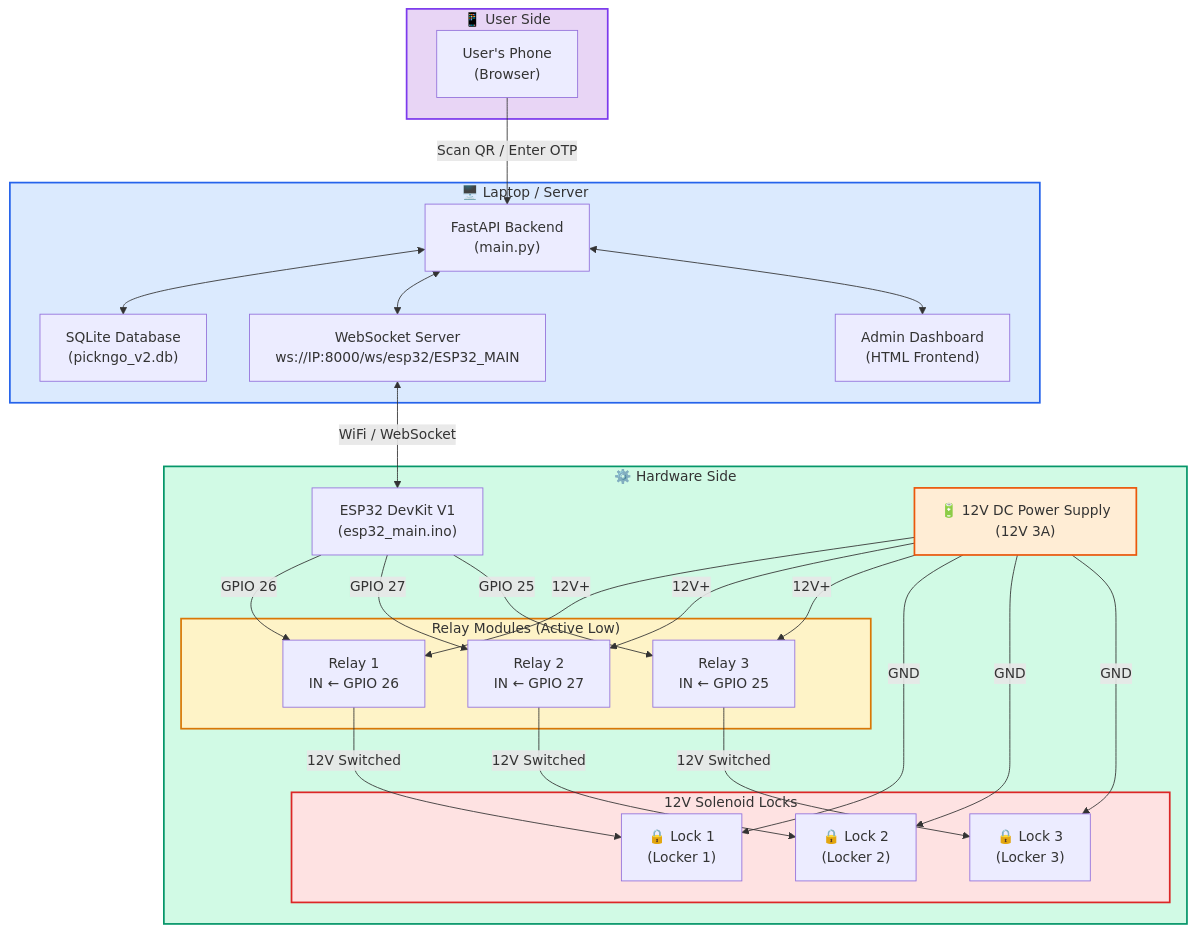
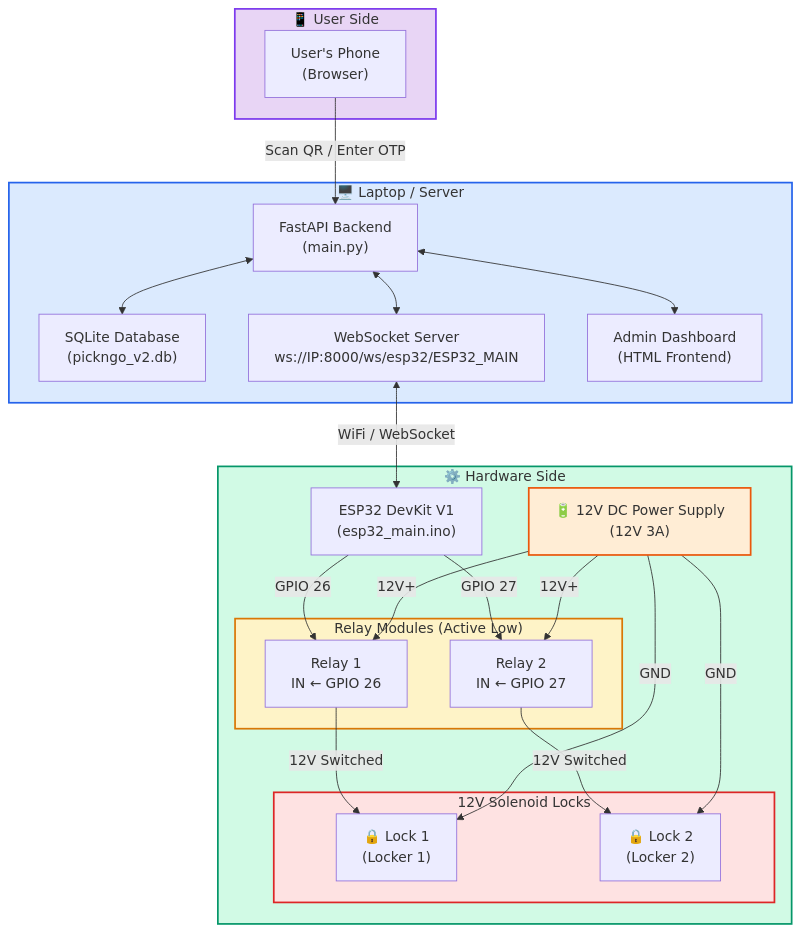
Before and after one commit to ermaasofia/SmartParcelLockerSystem: the first of 9 diagrams in wiring.md, drawn with Mermaid. The commit also changed other lines of this file and 3 other files, not shown here.

Commit message:
Remove Locker 3 / GPIO 25, adjust backend seeding/stats calculations, and update dashboard layout to 2 lockers

````diff
--- a/wiring.md
+++ b/wiring.md
@@ -9,53 +9,47 @@
 ```mermaid
 graph TB
     subgraph USER ["📱 User Side"]
         Phone["User's Phone<br/>(Browser)"]
     end
 
     subgraph SERVER ["🖥️ Laptop / Server"]
         FastAPI["FastAPI Backend<br/>(main.py)"]
         DB["SQLite Database<br/>(pickngo_v2.db)"]
         WS["WebSocket Server<br/>ws://IP:8000/ws/esp32/ESP32_MAIN"]
         Admin["Admin Dashboard<br/>(HTML Frontend)"]
         FastAPI <--> DB
         FastAPI <--> WS
         FastAPI <--> Admin
     end
 
     subgraph HARDWARE ["⚙️ Hardware Side"]
         ESP32["ESP32 DevKit V1<br/>(esp32_main.ino)"]
         subgraph RELAYS ["Relay Modules (Active Low)"]
             R1["Relay 1<br/>IN ← GPIO 26"]
             R2["Relay 2<br/>IN ← GPIO 27"]
-            R3["Relay 3<br/>IN ← GPIO 25"]
         end
         subgraph LOCKS ["12V Solenoid Locks"]
             L1["🔒 Lock 1<br/>(Locker 1)"]
             L2["🔒 Lock 2<br/>(Locker 2)"]
-            L3["🔒 Lock 3<br/>(Locker 3)"]
         end
         PSU["🔋 12V DC Power Supply<br/>(12V 3A)"]
     end
 
     Phone -->|"Scan QR / Enter OTP"| FastAPI
     WS <-->|"WiFi / WebSocket"| ESP32
     ESP32 -->|"GPIO 26"| R1
     ESP32 -->|"GPIO 27"| R2
-    ESP32 -->|"GPIO 25"| R3
     R1 -->|"12V Switched"| L1
     R2 -->|"12V Switched"| L2
-    R3 -->|"12V Switched"| L3
     PSU -->|"12V+"| R1
     PSU -->|"12V+"| R2
-    PSU -->|"12V+"| R3
     PSU -->|"GND"| L1
     PSU -->|"GND"| L2
-    PSU -->|"GND"| L3
 
     style USER fill:#e8d5f5,stroke:#7c3aed,stroke-width:2px
     style SERVER fill:#dbeafe,stroke:#2563eb,stroke-width:2px
     style HARDWARE fill:#d1fae5,stroke:#059669,stroke-width:2px
     style RELAYS fill:#fef3c7,stroke:#d97706,stroke-width:2px
     style LOCKS fill:#fee2e2,stroke:#dc2626,stroke-width:2px
     style PSU fill:#ffedd5,stroke:#ea580c,stroke-width:2px
 ```
````
